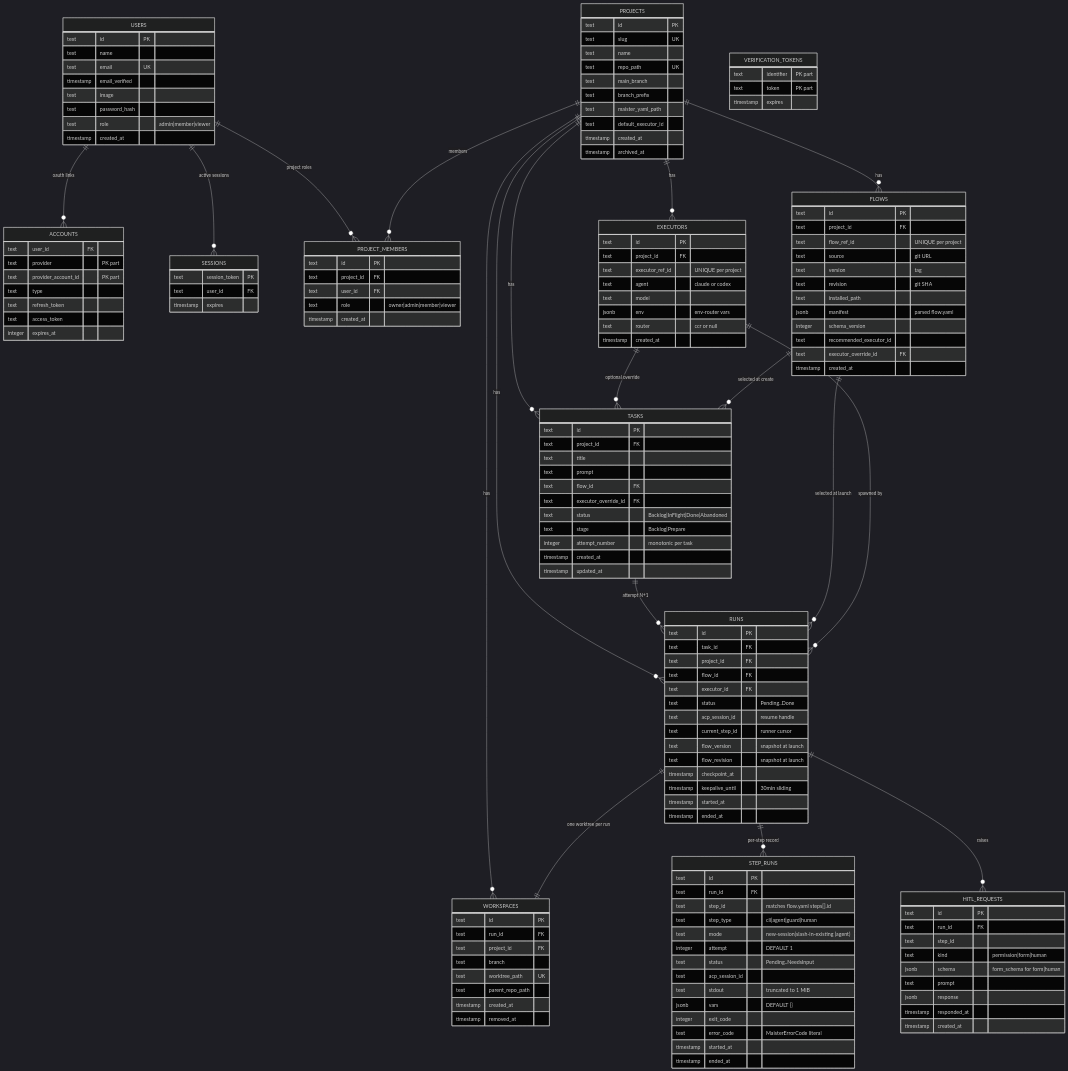
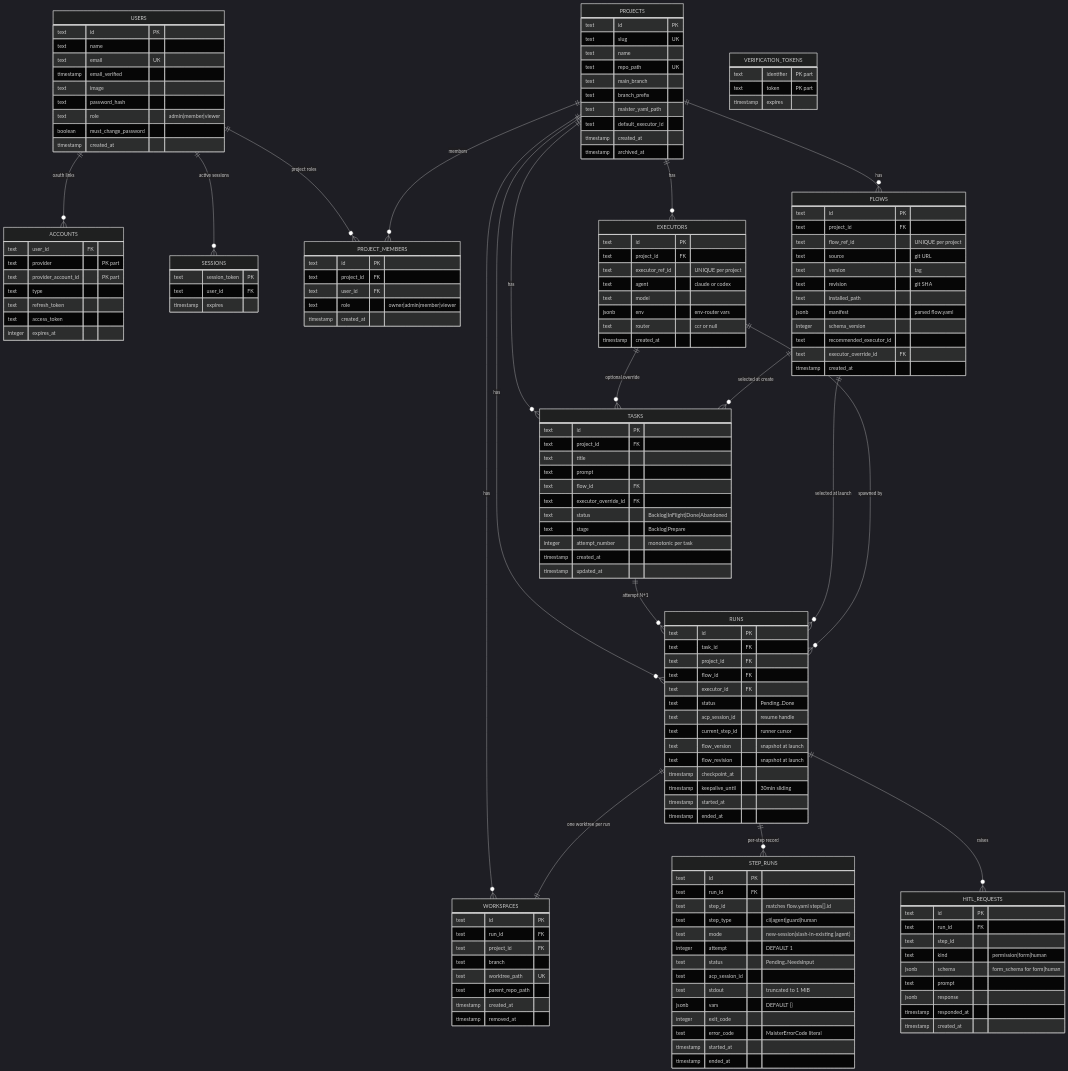
The diagram in docs/db/erd.md (maister-dev/maister), drawn with Mermaid (dark theme) before and after one commit. The commit also changed 24 other files, not shown here.

```diff
--- a/docs/db/erd.md
+++ b/docs/db/erd.md
@@ -37,6 +37,7 @@
         text image
         text password_hash
         text role "admin|member|viewer"
+        boolean must_change_password
         timestamp created_at
     }
 
```
